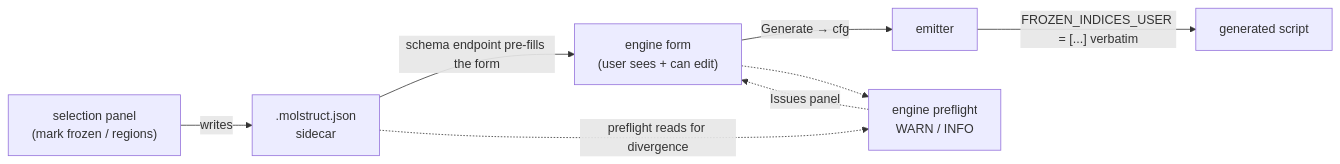
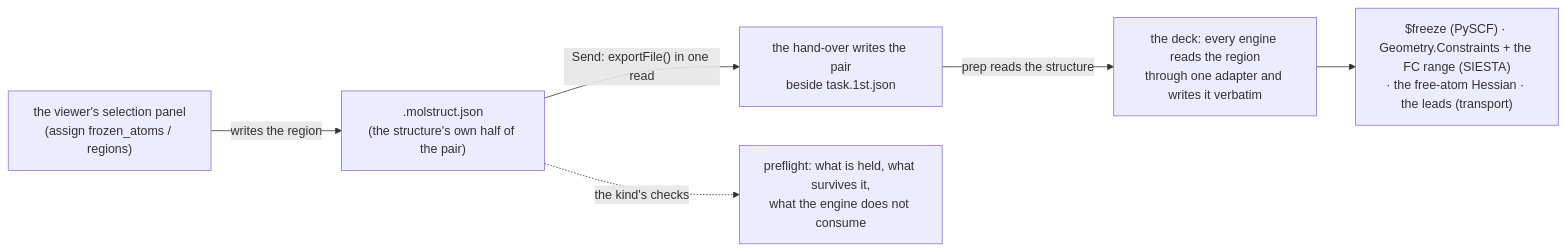
Before and after one commit to Qing-LAB/molbuilder: the second of 2 diagrams in docs/engines/overview.md, drawn with Mermaid. The commit also changed other lines of this file and 16 other files, not shown here.

````diff
--- a/docs/engines/overview.md
+++ b/docs/engines/overview.md
@@ -113,10 +107,8 @@
 ```mermaid
 flowchart LR
-    SEL["selection panel<br/>(mark frozen / regions)"] -->|"writes"| SC[".molstruct.json<br/>sidecar"]
-    SC -->|"schema endpoint pre-fills the form"| FORM["engine form<br/>(user sees + can edit)"]
-    FORM -->|"Generate → cfg"| EMIT["emitter"]
-    EMIT -->|"FROZEN_INDICES_USER = [...] verbatim"| SCRIPT["generated script"]
-    SC -.->|"preflight reads for divergence"| PF["engine preflight<br/>WARN / INFO"]
-    FORM -.-> PF
-    PF -.->|"Issues panel"| FORM
+    SEL["the viewer's selection panel<br/>(assign frozen_atoms / regions)"] -->|"writes the region"| SC[".molstruct.json<br/>(the structure's own half of the pair)"]
+    SC -->|"Send: exportFile() in one read"| HO["the hand-over writes the pair<br/>beside task.1st.json"]
+    HO -->|"prep reads the structure"| EMIT["the deck: every engine reads the region<br/>through one adapter and writes it verbatim"]
+    EMIT --> SCRIPT["$freeze (PySCF) · Geometry.Constraints + the FC range (SIESTA)<br/>· the free-atom Hessian · the leads (transport)"]
+    SC -.->|"the kind's checks"| PF["preflight: what is held, what survives it,<br/>what the engine does not consume"]
 ```
````
